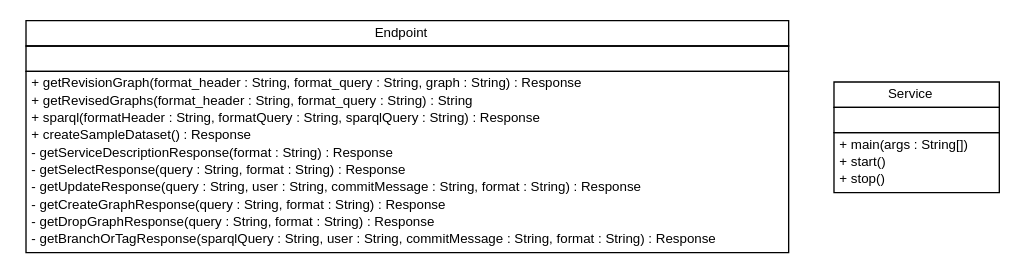
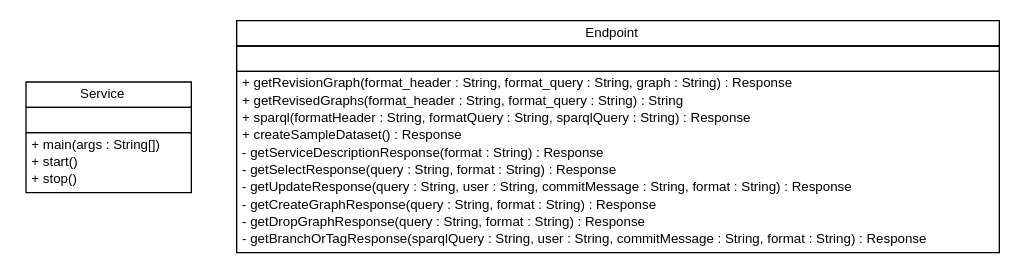
The diagram in javadoc/de/tud/plt/r43ples/webservice/de.tud.plt.r43ples.webservice.dot (markusgraube/r43ples), drawn with Graphviz before and after one commit. The commit also changed 98 other files, not shown here.

```diff
--- a/javadoc/de/tud/plt/r43ples/webservice/de.tud.plt.r43ples.webservice.dot
+++ b/javadoc/de/tud/plt/r43ples/webservice/de.tud.plt.r43ples.webservice.dot
@@ -1,47 +1,47 @@
 #!/usr/local/bin/dot
 #
 # Class diagram 
 # Generated by UMLGraph version R5_6_6-6-g3bdff0 (http://www.umlgraph.org/)
 #
 
 digraph G {
 	edge [fontname="Helvetica",fontsize=10,labelfontname="Helvetica",labelfontsize=10];
 	node [fontname="Helvetica",fontsize=10,shape=plaintext];
 	nodesep=0.25;
 	ranksep=0.5;
+	// de.tud.plt.r43ples.webservice.Service
+	c68 [label=<<table title="de.tud.plt.r43ples.webservice.Service" border="0" cellborder="1" cellspacing="0" cellpadding="2" port="p" href="./Service.html">
+		<tr><td><table border="0" cellspacing="0" cellpadding="1">
+<tr><td align="center" balign="center"> Service </td></tr>
+		</table></td></tr>
+		<tr><td><table border="0" cellspacing="0" cellpadding="1">
+<tr><td align="left" balign="left">  </td></tr>
+		</table></td></tr>
+		<tr><td><table border="0" cellspacing="0" cellpadding="1">
+<tr><td align="left" balign="left"> + main(args : String[]) </td></tr>
+<tr><td align="left" balign="left"> + start() </td></tr>
+<tr><td align="left" balign="left"> + stop() </td></tr>
+		</table></td></tr>
+		</table>>, URL="./Service.html", fontname="Helvetica", fontcolor="black", fontsize=10.0];
 	// de.tud.plt.r43ples.webservice.Endpoint
-	c63 [label=<<table title="de.tud.plt.r43ples.webservice.Endpoint" border="0" cellborder="1" cellspacing="0" cellpadding="2" port="p" href="./Endpoint.html">
+	c69 [label=<<table title="de.tud.plt.r43ples.webservice.Endpoint" border="0" cellborder="1" cellspacing="0" cellpadding="2" port="p" href="./Endpoint.html">
 		<tr><td><table border="0" cellspacing="0" cellpadding="1">
 <tr><td align="center" balign="center"> Endpoint </td></tr>
 		</table></td></tr>
 		<tr><td><table border="0" cellspacing="0" cellpadding="1">
 <tr><td align="left" balign="left">  </td></tr>
 		</table></td></tr>
 		<tr><td><table border="0" cellspacing="0" cellpadding="1">
 <tr><td align="left" balign="left"> + getRevisionGraph(format_header : String, format_query : String, graph : String) : Response </td></tr>
 <tr><td align="left" balign="left"> + getRevisedGraphs(format_header : String, format_query : String) : String </td></tr>
 <tr><td align="left" balign="left"> + sparql(formatHeader : String, formatQuery : String, sparqlQuery : String) : Response </td></tr>
 <tr><td align="left" balign="left"> + createSampleDataset() : Response </td></tr>
 <tr><td align="left" balign="left"> - getServiceDescriptionResponse(format : String) : Response </td></tr>
 <tr><td align="left" balign="left"> - getSelectResponse(query : String, format : String) : Response </td></tr>
 <tr><td align="left" balign="left"> - getUpdateResponse(query : String, user : String, commitMessage : String, format : String) : Response </td></tr>
 <tr><td align="left" balign="left"> - getCreateGraphResponse(query : String, format : String) : Response </td></tr>
 <tr><td align="left" balign="left"> - getDropGraphResponse(query : String, format : String) : Response </td></tr>
 <tr><td align="left" balign="left"> - getBranchOrTagResponse(sparqlQuery : String, user : String, commitMessage : String, format : String) : Response </td></tr>
 		</table></td></tr>
 		</table>>, URL="./Endpoint.html", fontname="Helvetica", fontcolor="black", fontsize=10.0];
-	// de.tud.plt.r43ples.webservice.Service
-	c64 [label=<<table title="de.tud.plt.r43ples.webservice.Service" border="0" cellborder="1" cellspacing="0" cellpadding="2" port="p" href="./Service.html">
-		<tr><td><table border="0" cellspacing="0" cellpadding="1">
-<tr><td align="center" balign="center"> Service </td></tr>
-		</table></td></tr>
-		<tr><td><table border="0" cellspacing="0" cellpadding="1">
-<tr><td align="left" balign="left">  </td></tr>
-		</table></td></tr>
-		<tr><td><table border="0" cellspacing="0" cellpadding="1">
-<tr><td align="left" balign="left"> + main(args : String[]) </td></tr>
-<tr><td align="left" balign="left"> + start() </td></tr>
-<tr><td align="left" balign="left"> + stop() </td></tr>
-		</table></td></tr>
-		</table>>, URL="./Service.html", fontname="Helvetica", fontcolor="black", fontsize=10.0];
 }
```
